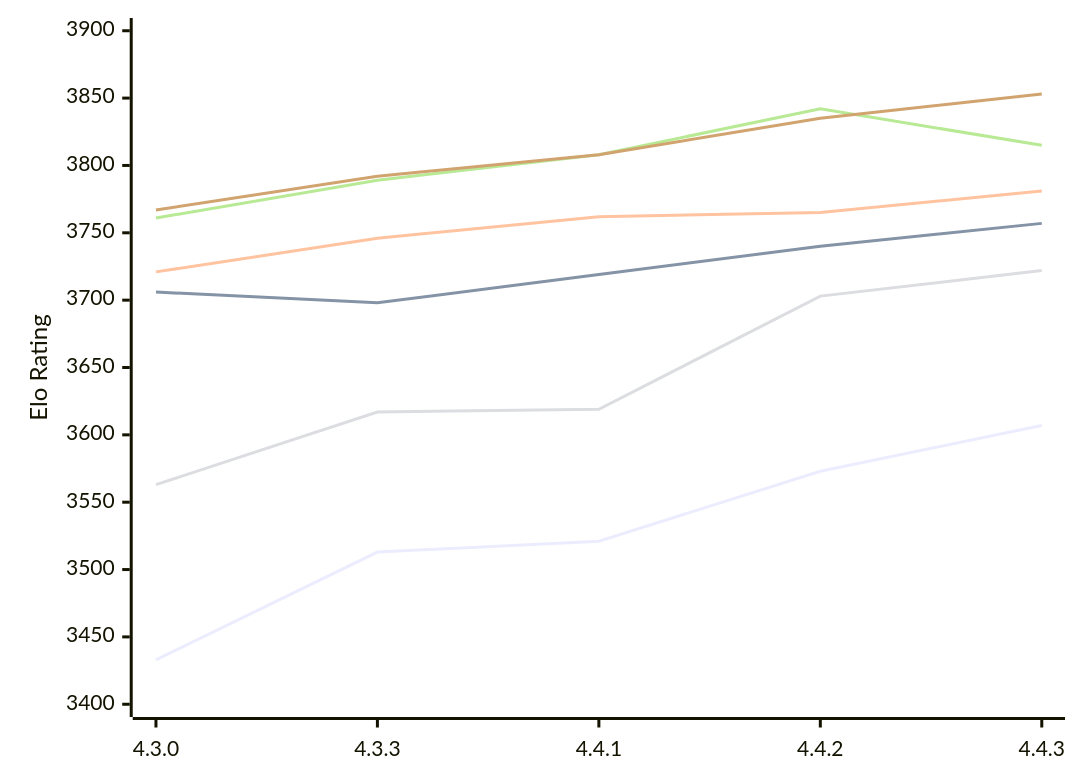
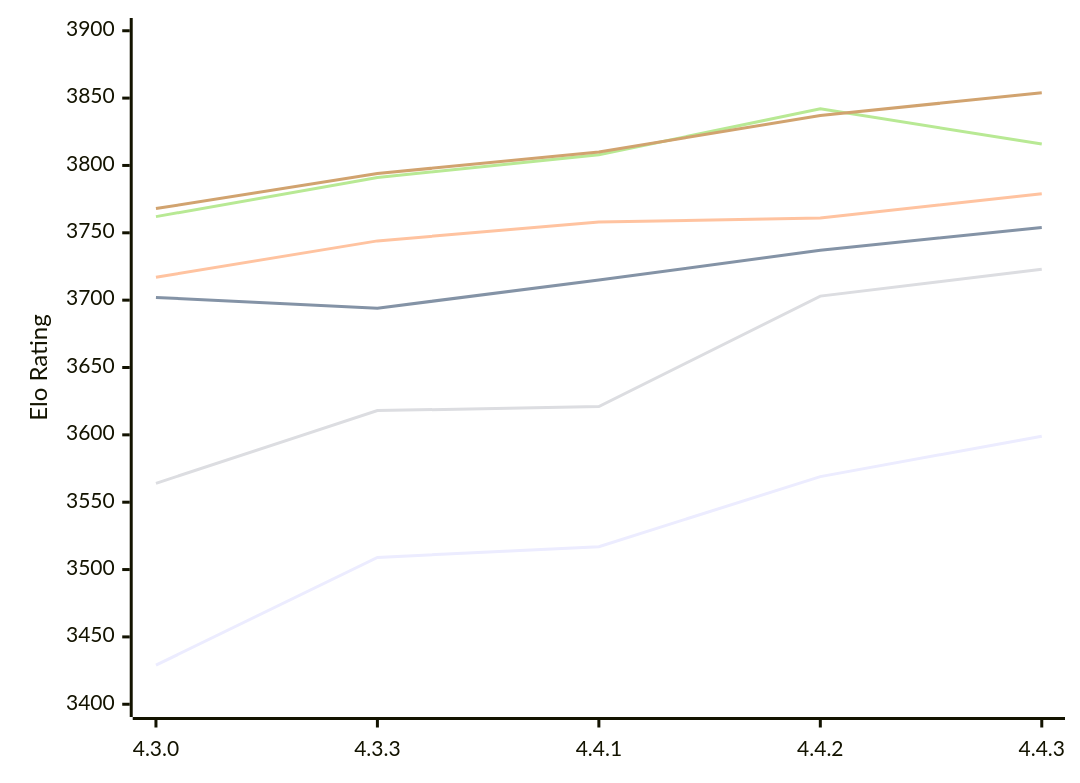
One commit to computer-chess-index/cci changed the first of 2 diagrams in engines/Gaia.md. Above: the diagram before and after it, drawn with Mermaid. The commit also changed other lines of this file, not shown here.

Commit message:
Update CCI Ratings (ELO VLTC) - 2026-11-09

````diff
--- a/engines/Gaia.md
+++ b/engines/Gaia.md
@@ -61,12 +61,12 @@
 ```mermaid
 %%{init: {"theme":"base","themeVariables":{"seriesColors:['#a3a3a3','#222221','#faa371']}}}%%
 xychart-beta
   x-axis ["4.3.0", "4.3.3", "4.4.1", "4.4.2", "4.4.3"]
   y-axis "Elo Rating" 3400 --> 3900
-  line "E1: STC (8.0+0.08s)" [3433, 3513, 3521, 3573, 3607]
-  line "E1: LTC (60.0+0.60s)" [3706, 3698, 3719, 3740, 3757]
-  line "E1: VLTC (2m24s+1.12s)" [3721, 3746, 3762, 3765, 3781]
-  line "P1: STC (8.0+0.08s)" [3563, 3617, 3619, 3703, 3722]
-  line "P1: LTC (60.0+0.60s)" [3761, 3789, 3808, 3842, 3815]
-  line "P1: VLTC (2m24s+1.12s)" [3767, 3792, 3808, 3835, 3853]
+  line "E1: STC (8.0+0.08s)" [3429, 3509, 3517, 3569, 3599]
+  line "E1: LTC (60.0+0.60s)" [3702, 3694, 3715, 3737, 3754]
+  line "E1: VLTC (2m24s+1.12s)" [3717, 3744, 3758, 3761, 3779]
+  line "P1: STC (8.0+0.08s)" [3564, 3618, 3621, 3703, 3723]
+  line "P1: LTC (60.0+0.60s)" [3762, 3791, 3808, 3842, 3816]
+  line "P1: VLTC (2m24s+1.12s)" [3768, 3794, 3810, 3837, 3854]
 ```
````
